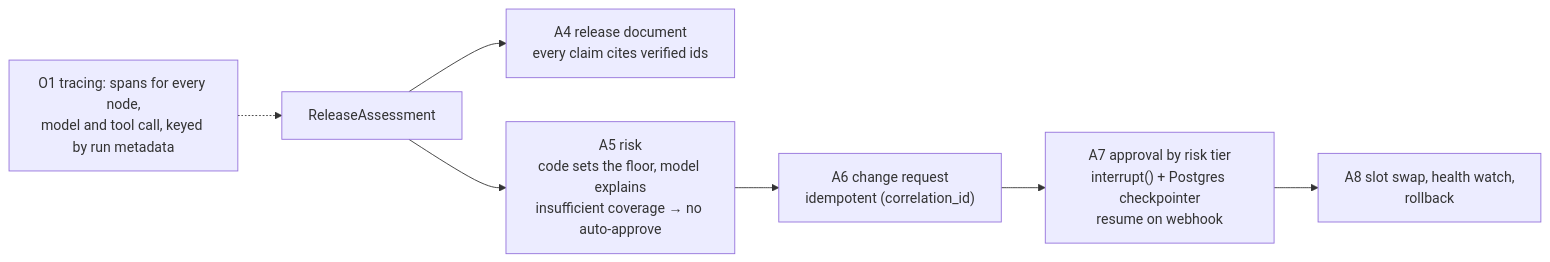
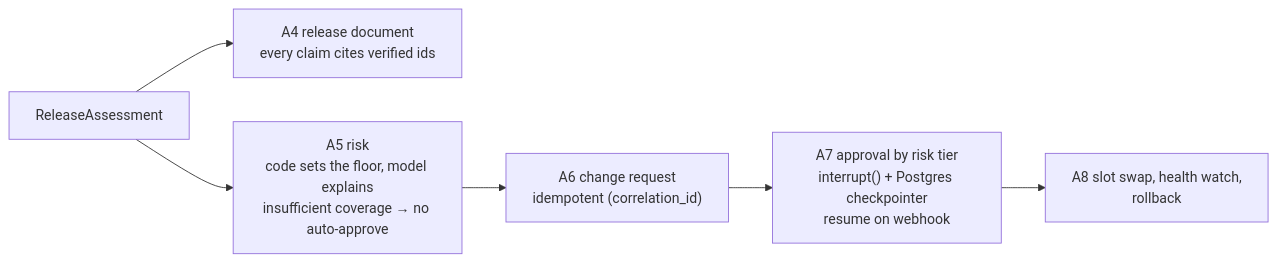
The ninth of 10 diagrams in docs/execution-model.md (Aman-desta/release-copilot), drawn with Mermaid before and after one commit. The commit also changed other lines of this file and 17 other files, not shown here.

````diff
--- a/docs/execution-model.md
+++ b/docs/execution-model.md
@@ -416,9 +416,8 @@
 ```mermaid
 flowchart LR
     RA["ReleaseAssessment"] --> A4["A4 release document<br/>every claim cites verified ids"]
     RA --> A5["A5 risk<br/>code sets the floor, model explains<br/>insufficient coverage → no auto-approve"]
     A5 --> A6["A6 change request<br/>idempotent (correlation_id)"]
     A6 --> A7["A7 approval by risk tier<br/>interrupt() + Postgres checkpointer<br/>resume on webhook"]
     A7 --> A8["A8 slot swap, health watch,<br/>rollback"]
-    O1["O1 tracing: spans for every node,<br/>model and tool call, keyed by run metadata"] -.-> RA
 ```
````
